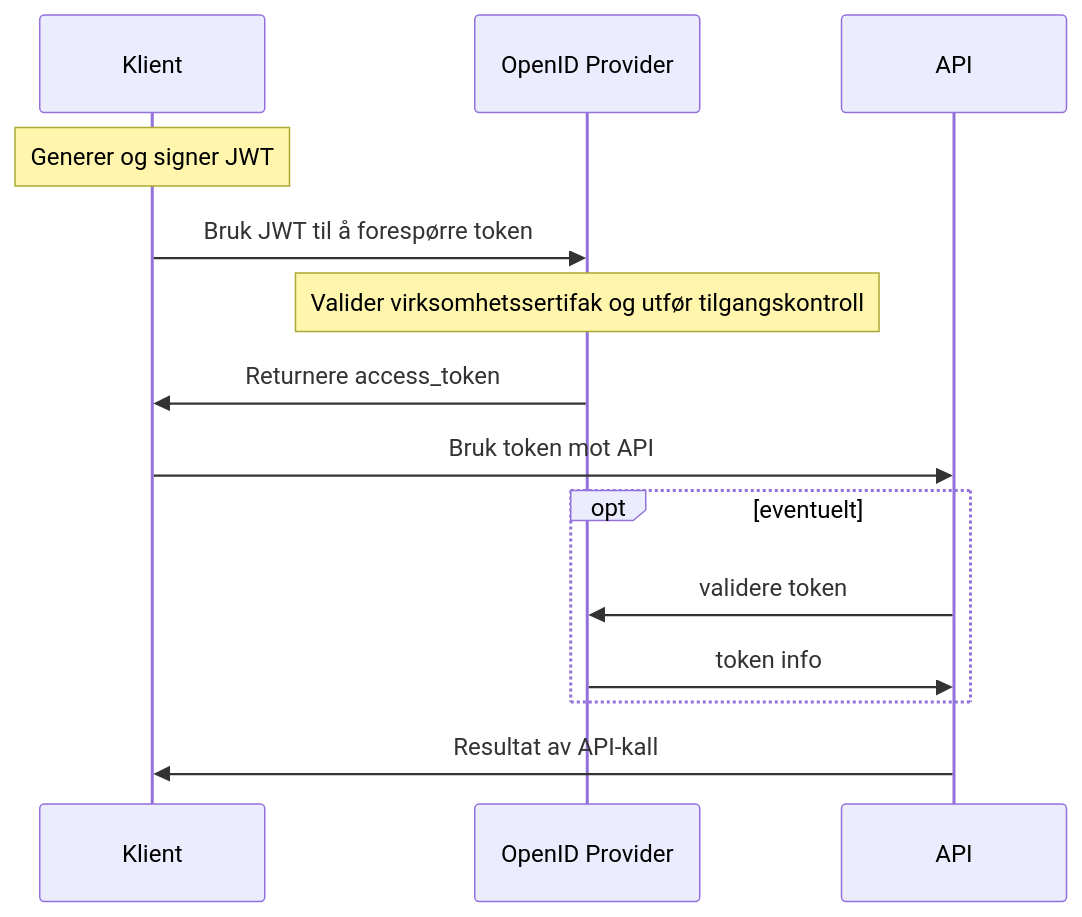
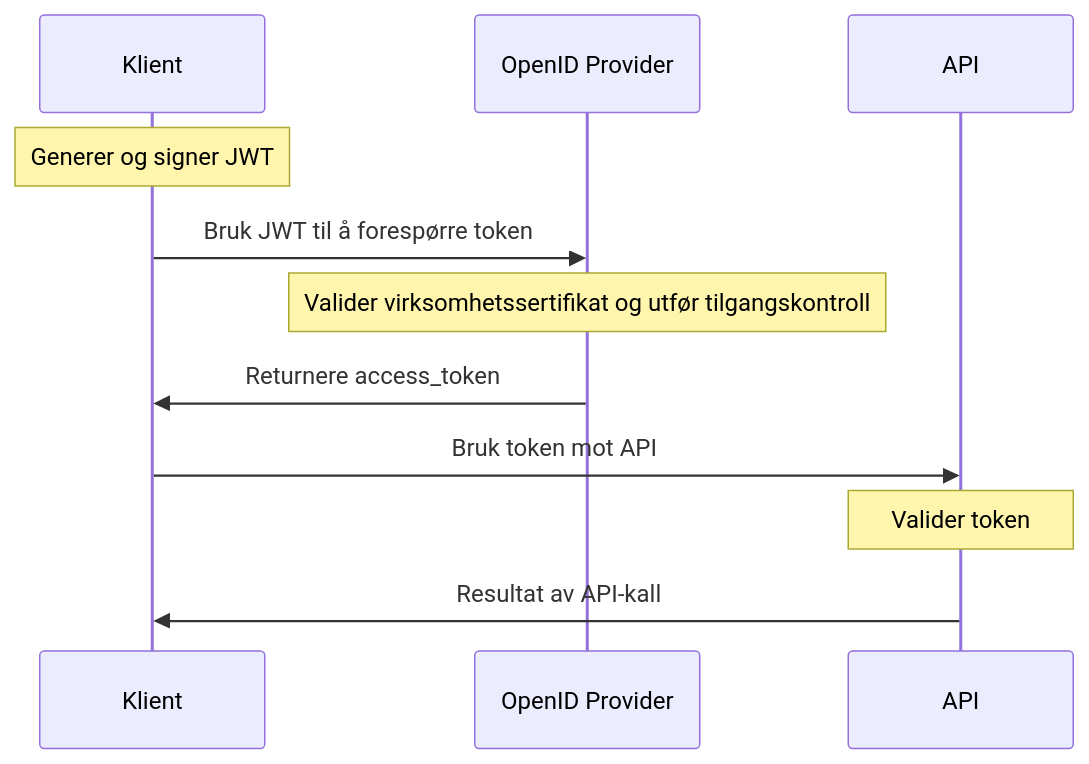
One commit to difi/idporten-oidc-dokumentasjon changed the second of 2 diagrams in pages/oidc/oidc_guide_maskinporten.md. Above: the diagram before and after it, drawn with Mermaid. The commit also changed other lines of this file and 1 other file, not shown here.

```diff
--- a/pages/oidc/oidc_guide_maskinporten.md
+++ b/pages/oidc/oidc_guide_maskinporten.md
@@ -87,14 +139,11 @@
 <div class="mermaid">
 sequenceDiagram
   note over Klient:  Generer og signer JWT
   Klient ->> OpenID Provider: Bruk JWT til å forespørre token
-  note over OpenID Provider: Valider virksomhetssertifak og utfør tilgangskontroll
+  note over OpenID Provider: Valider virksomhetssertifikat og utfør tilgangskontroll
   OpenID Provider ->> Klient: Returnere access_token
   Klient ->> API: Bruk token mot API
-  opt eventuelt
-    API ->> OpenID Provider: validere token
-    OpenID Provider ->> API: token info
-  end
+  note over API: Valider token
   API ->> Klient: Resultat av API-kall
 
 </div>
```
